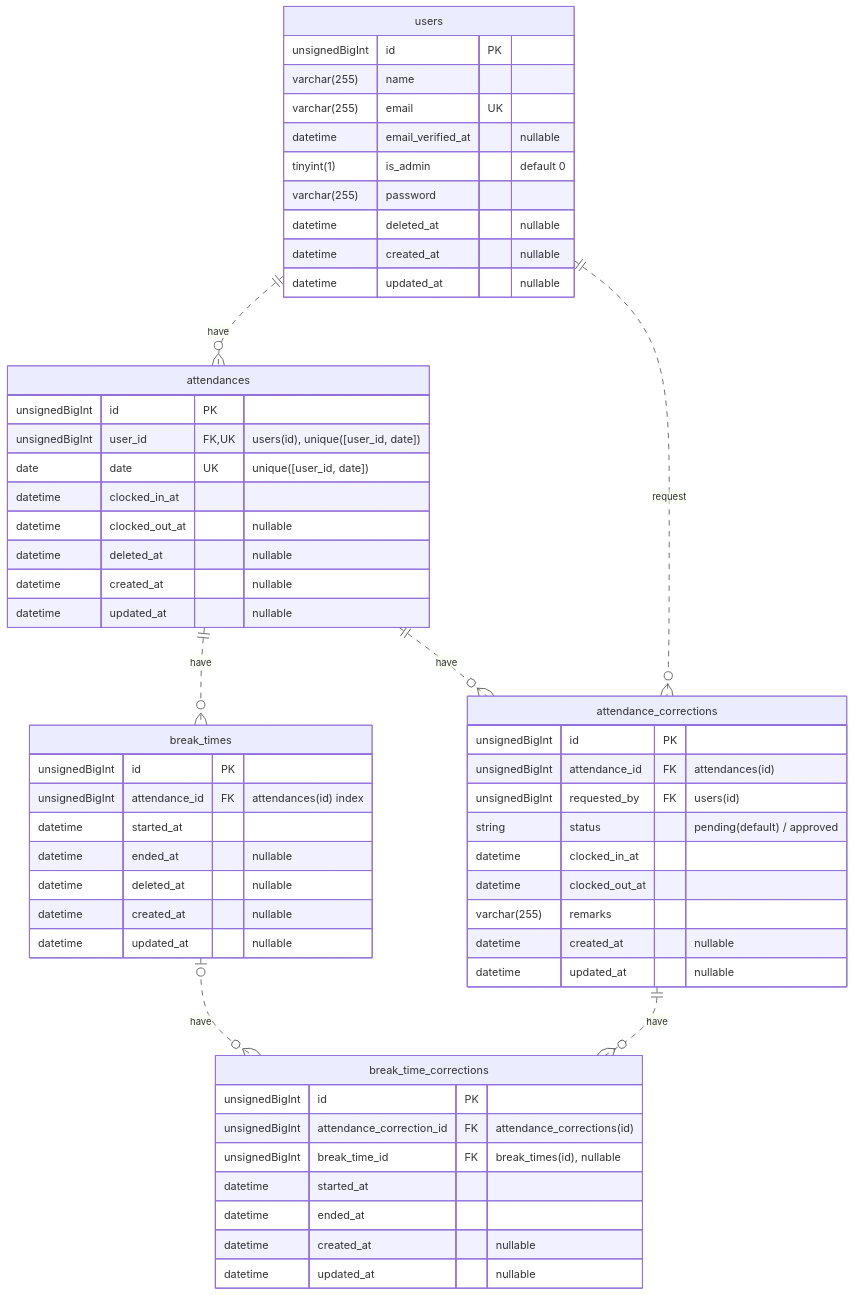
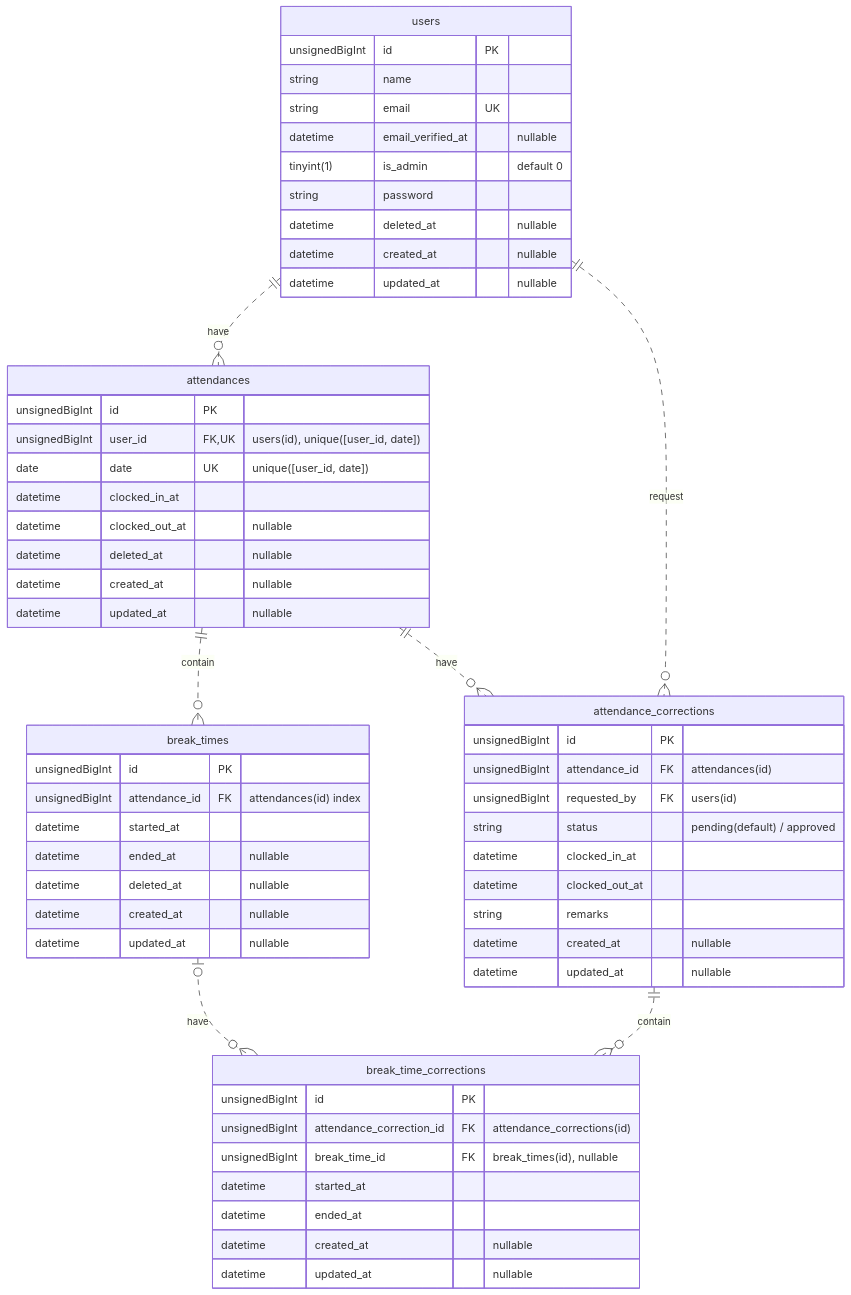
Before and after one commit to sangwon-lee302/time-and-attendance: the diagram in README.md, drawn with Mermaid. The commit also changed other lines of this file, not shown here.

````diff
--- a/README.md
+++ b/README.md
@@ -31,64 +29,64 @@
 ```mermaid
 erDiagram
     users ||..o{ attendances: "have"
     users ||..o{ attendance_corrections: "request"
-    attendances ||..o{ break_times: "have"
+    attendances ||..o{ break_times: "contain"
     attendances ||..o{ attendance_corrections: "have"
     break_times |o..o{ break_time_corrections: "have"
-    attendance_corrections ||..o{ break_time_corrections: "have"
+    attendance_corrections ||..o{ break_time_corrections: "contain"
 
     users {
         unsignedBigInt id PK
-        varchar(255) name
-        varchar(255) email UK
+        string name
+        string email UK
         datetime email_verified_at "nullable"
         tinyint(1) is_admin "default 0"
-        varchar(255) password
+        string password
         datetime deleted_at "nullable"
         datetime created_at "nullable"
         datetime updated_at "nullable"
     }
 
     attendances {
         unsignedBigInt id PK
         unsignedBigInt user_id FK, UK "users(id), unique([user_id, date])"
         date date UK "unique([user_id, date])"
         datetime clocked_in_at
         datetime clocked_out_at "nullable"
         datetime deleted_at "nullable"
         datetime created_at "nullable"
         datetime updated_at "nullable"
     }
 
     break_times {
         unsignedBigInt id PK
         unsignedBigInt attendance_id FK "attendances(id) index"
         datetime started_at
         datetime ended_at "nullable"
         datetime deleted_at "nullable"
         datetime created_at "nullable"
         datetime updated_at "nullable"
     }
 
     attendance_corrections {
         unsignedBigInt id PK
         unsignedBigInt attendance_id FK "attendances(id)"
         unsignedBigInt requested_by FK "users(id)"
         string status "pending(default) / approved"
         datetime clocked_in_at
         datetime clocked_out_at
-        varchar(255) remarks
+        string remarks
         datetime created_at "nullable"
         datetime updated_at "nullable"
     }
 
     break_time_corrections {
         unsignedBigInt id PK
         unsignedBigInt attendance_correction_id FK "attendance_corrections(id)"
         unsignedBigInt break_time_id FK "break_times(id), nullable"
         datetime started_at
         datetime ended_at
         datetime created_at "nullable"
         datetime updated_at "nullable"
     }
 ```
````
